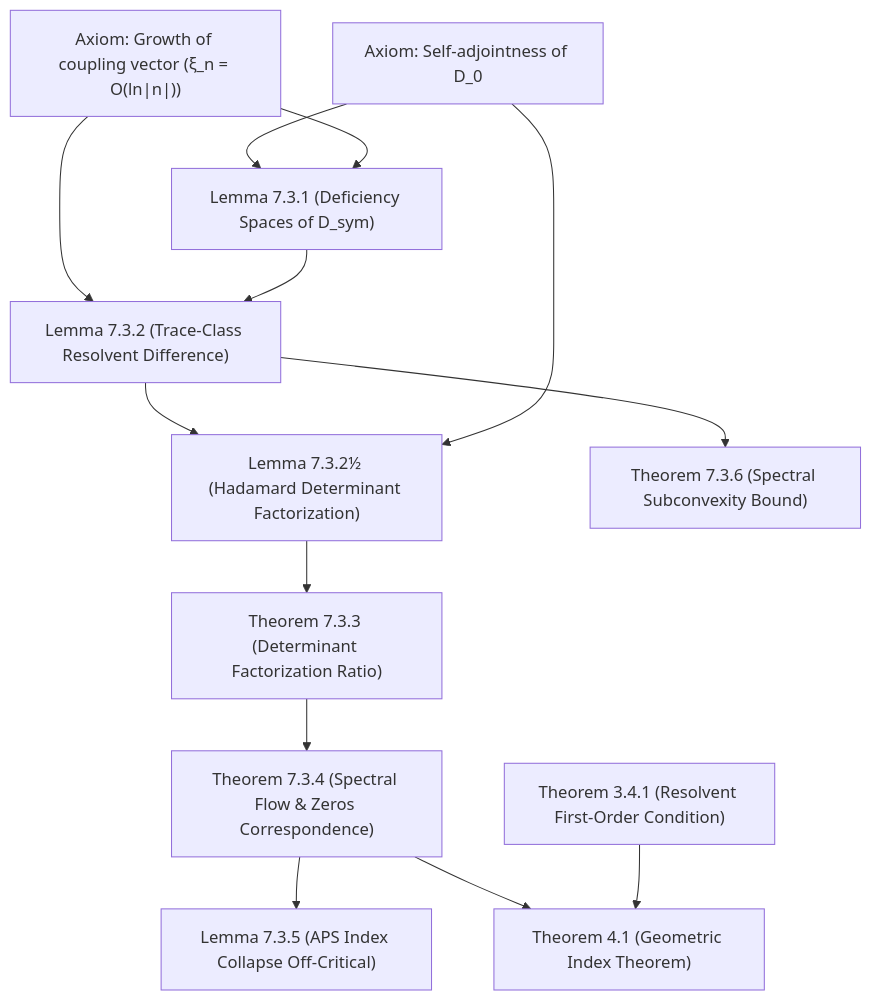
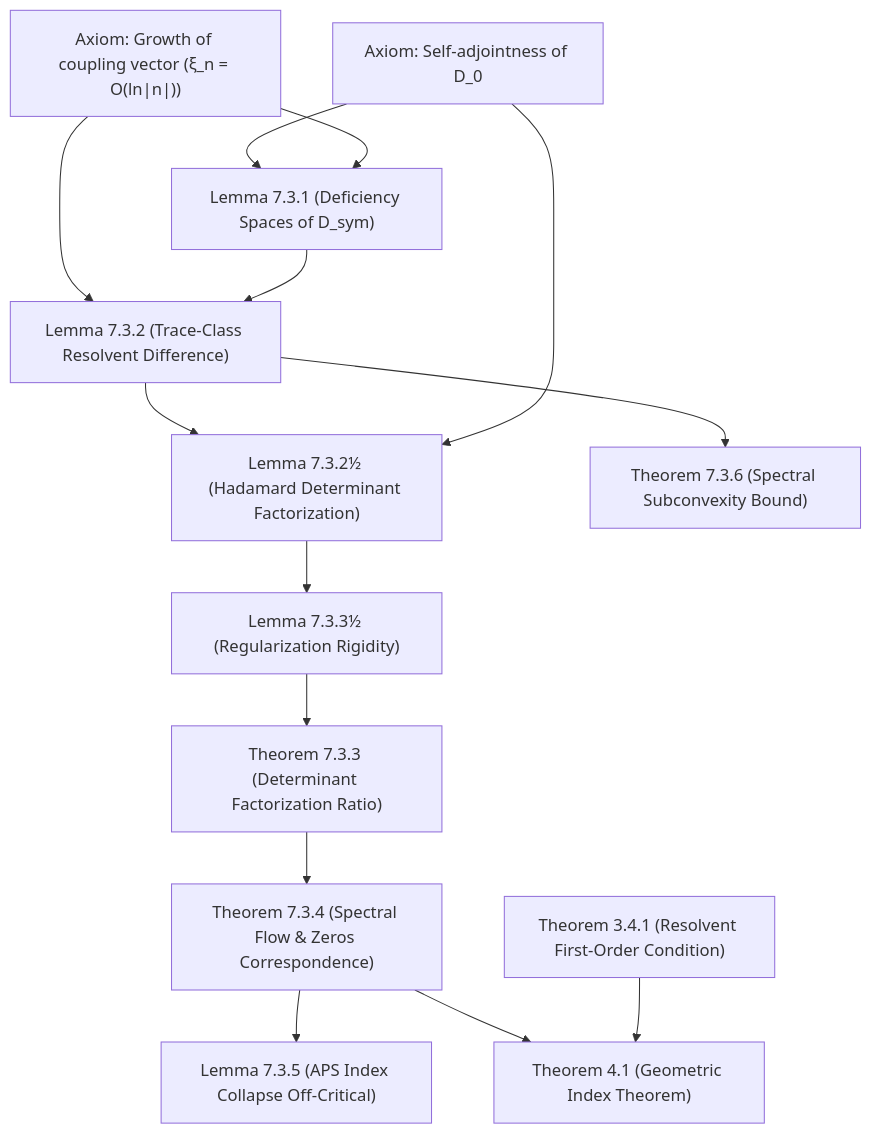
The second of 2 diagrams in docs/unified_monograph.md (sneed-and-feed/adelic-spectral-zeta), drawn with Mermaid before and after one commit. The commit also changed other lines of this file, not shown here.

Commit message:
docs: add Lemma 7.3.3½ Regularization Rigidity to Monograph

````diff
--- a/docs/unified_monograph.md
+++ b/docs/unified_monograph.md
@@ -874,15 +903,16 @@
 ```mermaid
 graph TD
     A1["Axiom: Self-adjointness of D_0"] --> L1["Lemma 7.3.1 (Deficiency Spaces of D_sym)"]
     A2["Axiom: Growth of coupling vector (ξ_n = O(ln|n|))"] --> L1
     A2 --> L2["Lemma 7.3.2 (Trace-Class Resolvent Difference)"]
     L1 --> L2
     L2 --> L25["Lemma 7.3.2½ (Hadamard Determinant Factorization)"]
     A1 --> L25
-    L25 --> T3["Theorem 7.3.3 (Determinant Factorization Ratio)"]
+    L25 --> L33["Lemma 7.3.3½ (Regularization Rigidity)"]
+    L33 --> T3["Theorem 7.3.3 (Determinant Factorization Ratio)"]
     T3 --> T4["Theorem 7.3.4 (Spectral Flow & Zeros Correspondence)"]
     T4 --> T5["Lemma 7.3.5 (APS Index Collapse Off-Critical)"]
     T4 --> T1["Theorem 4.1 (Geometric Index Theorem)"]
     L2 --> T6["Theorem 7.3.6 (Spectral Subconvexity Bound)"]
     T2["Theorem 3.4.1 (Resolvent First-Order Condition)"] --> T1
 ```
````
